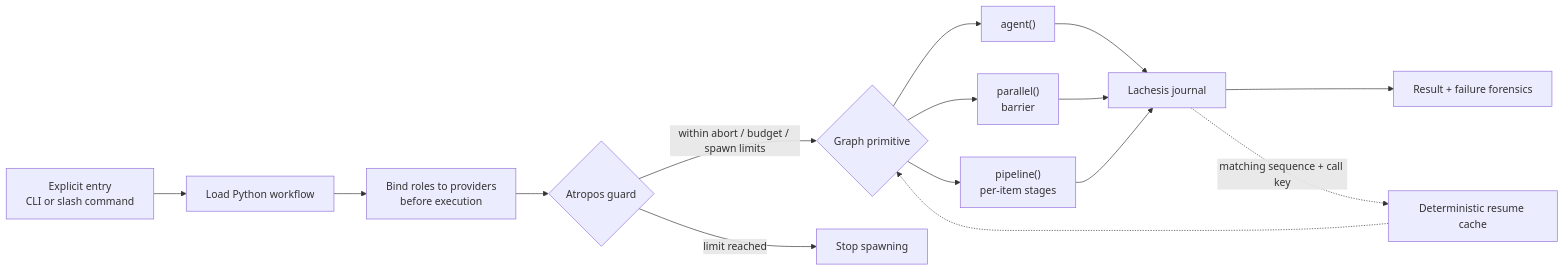
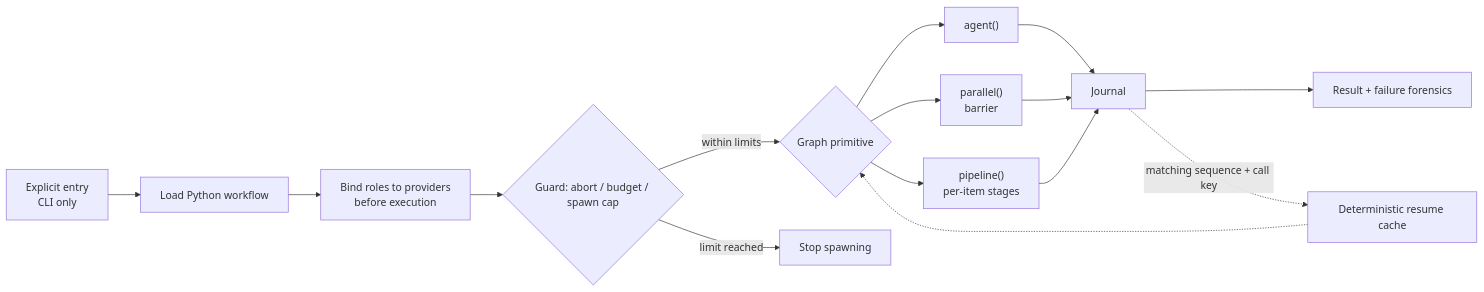
Before and after one commit to ashmoonori-afk/birkin: the diagram in README.md, drawn with Mermaid. The commit also changed other lines of this file and 5 other files, not shown here.

````diff
--- a/README.md
+++ b/README.md
@@ -99,17 +99,17 @@
 ```mermaid
 flowchart LR
-    E["Explicit entry<br/>CLI or slash command"] --> S["Load Python workflow"]
+    E["Explicit entry<br/>CLI only"] --> S["Load Python workflow"]
     S --> B["Bind roles to providers<br/>before execution"]
-    B --> G{"Atropos guard"}
-    G -->|within abort / budget / spawn limits| X{"Graph primitive"}
+    B --> G{"Guard: abort / budget / spawn cap"}
+    G -->|within limits| X{"Graph primitive"}
     G -->|limit reached| Z["Stop spawning"]
     X --> A["agent()"]
     X --> P["parallel()<br/>barrier"]
     X --> L["pipeline()<br/>per-item stages"]
-    A --> J["Lachesis journal"]
+    A --> J["Journal"]
     P --> J
     L --> J
     J --> O["Result + failure forensics"]
     J -. "matching sequence + call key" .-> R["Deterministic resume cache"]
     R -.-> X
 ```
````
